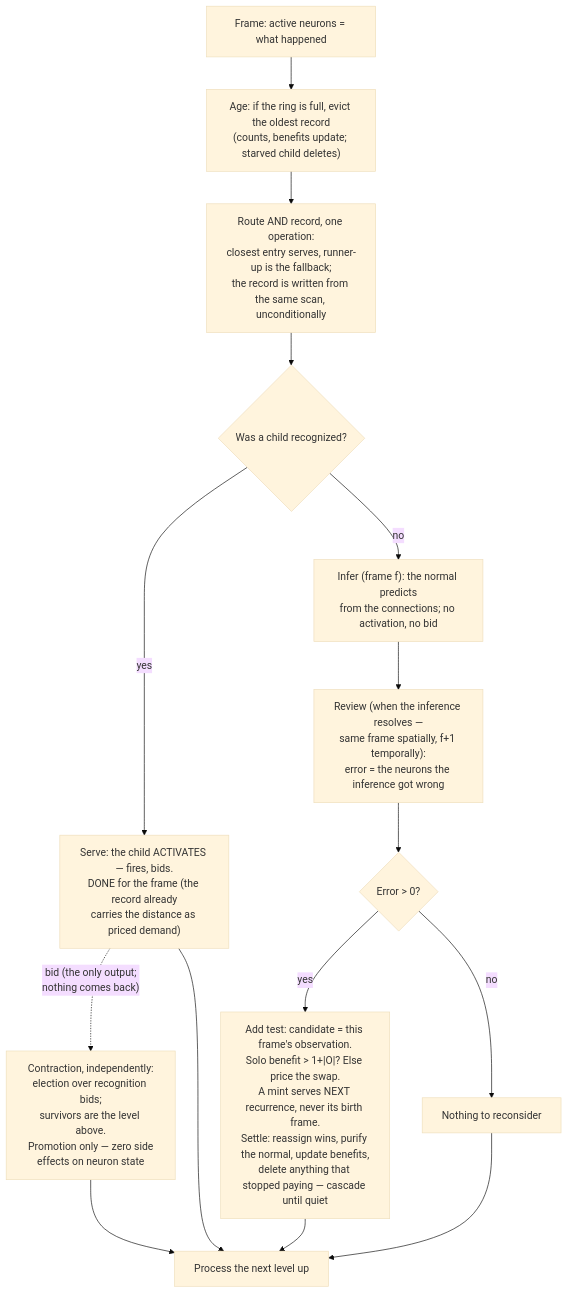
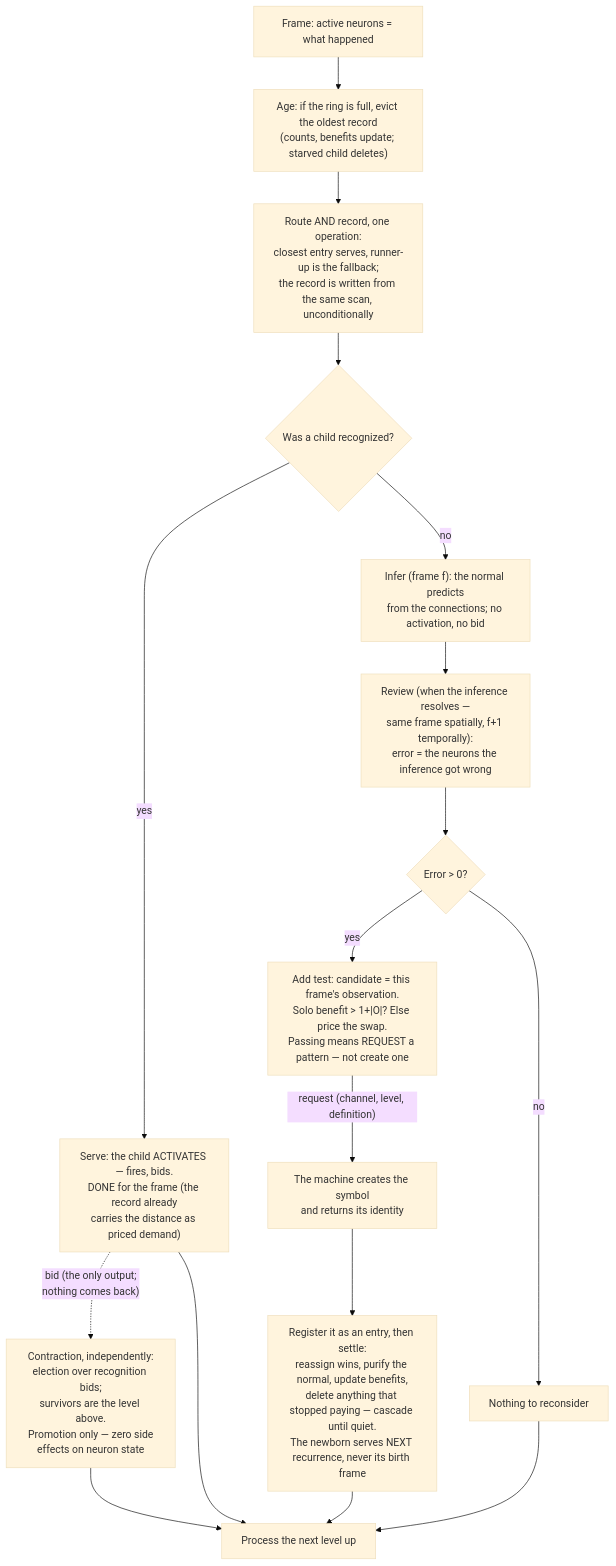
Before and after one commit to cucar/robot_brain: the diagram in docs/algorithm.md, drawn with Mermaid (base theme). The commit also changed other lines of this file and 1 other file, not shown here.

````diff
--- a/docs/algorithm.md
+++ b/docs/algorithm.md
@@ -650,17 +664,19 @@
 ```mermaid
 flowchart TD
     A["Frame: active neurons = what happened"] --> B["Age: if the ring is full, evict the oldest record<br/>(counts, benefits update; starved child deletes)"]
     B --> C["Route AND record, one operation:<br/>closest entry serves, runner-up is the fallback;<br/>the record is written from the same scan, unconditionally"]
     C --> D{"Was a child recognized?"}
     D -->|yes| E["Serve: the child ACTIVATES — fires, bids.<br/>DONE for the frame (the record already<br/>carries the distance as priced demand)"]
     E -.->|"bid (the only output;<br/>nothing comes back)"| X["Contraction, independently:<br/>election over recognition bids;<br/>survivors are the level above.<br/>Promotion only — zero side<br/>effects on neuron state"]
     D -->|no| F["Infer (frame f): the normal predicts<br/>from the connections; no activation, no bid"]
     F --> K["Review (when the inference resolves —<br/>same frame spatially, f+1 temporally):<br/>error = the neurons the inference got wrong"]
     K --> L{"Error > 0?"}
-    L -->|yes| M["Add test: candidate = this frame's observation.<br/>Solo benefit > 1+|O|? Else price the swap.<br/>A mint serves NEXT recurrence, never its birth frame.<br/>Settle: reassign wins, purify the normal, update benefits,<br/>delete anything that stopped paying — cascade until quiet"]
+    L -->|yes| M["Add test: candidate = this frame's observation.<br/>Solo benefit > 1+|O|? Else price the swap.<br/>Passing means REQUEST a pattern — not create one"]
+    M -->|"request (channel, level, definition)"| P["The machine creates the symbol<br/>and returns its identity"]
+    P --> Q["Register it as an entry, then settle:<br/>reassign wins, purify the normal, update benefits,<br/>delete anything that stopped paying — cascade until quiet.<br/>The newborn serves NEXT recurrence, never its birth frame"]
     L -->|no| N["Nothing to reconsider"]
     E --> O["Process the next level up"]
-    M --> O
+    Q --> O
     N --> O
     X --> O
 ```
````
